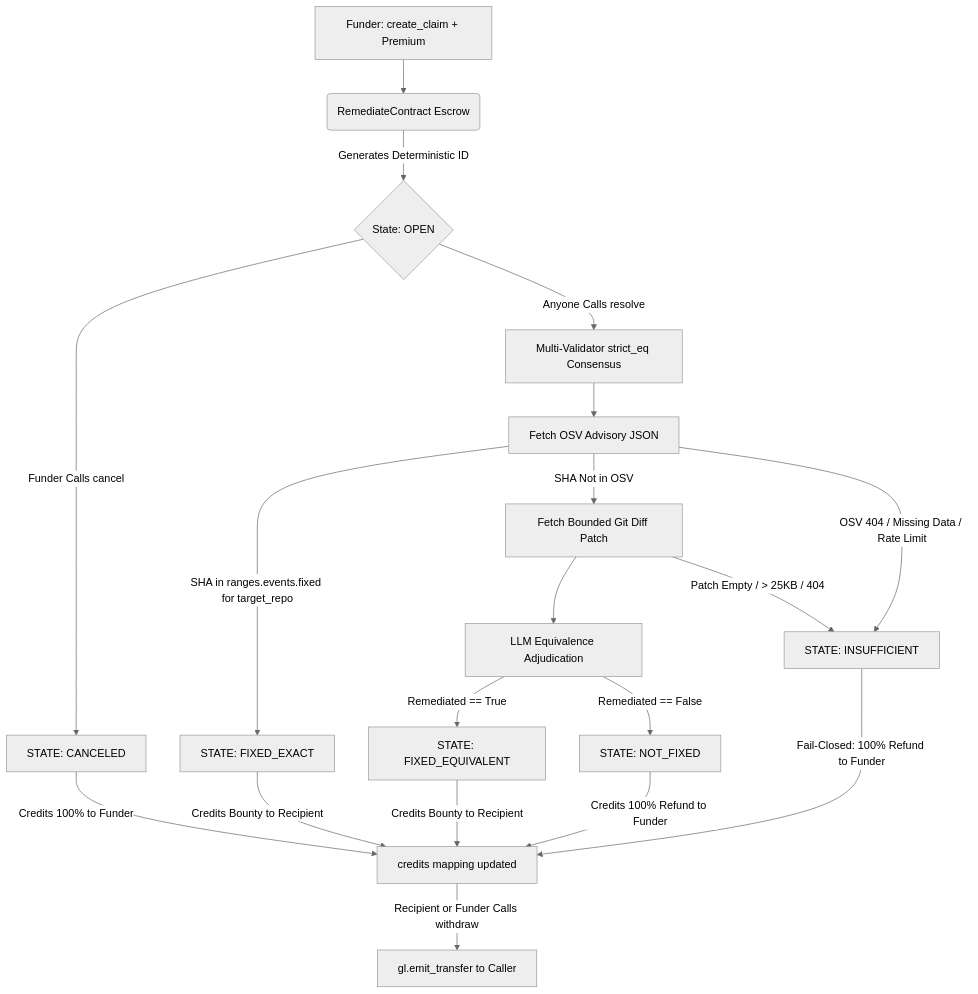
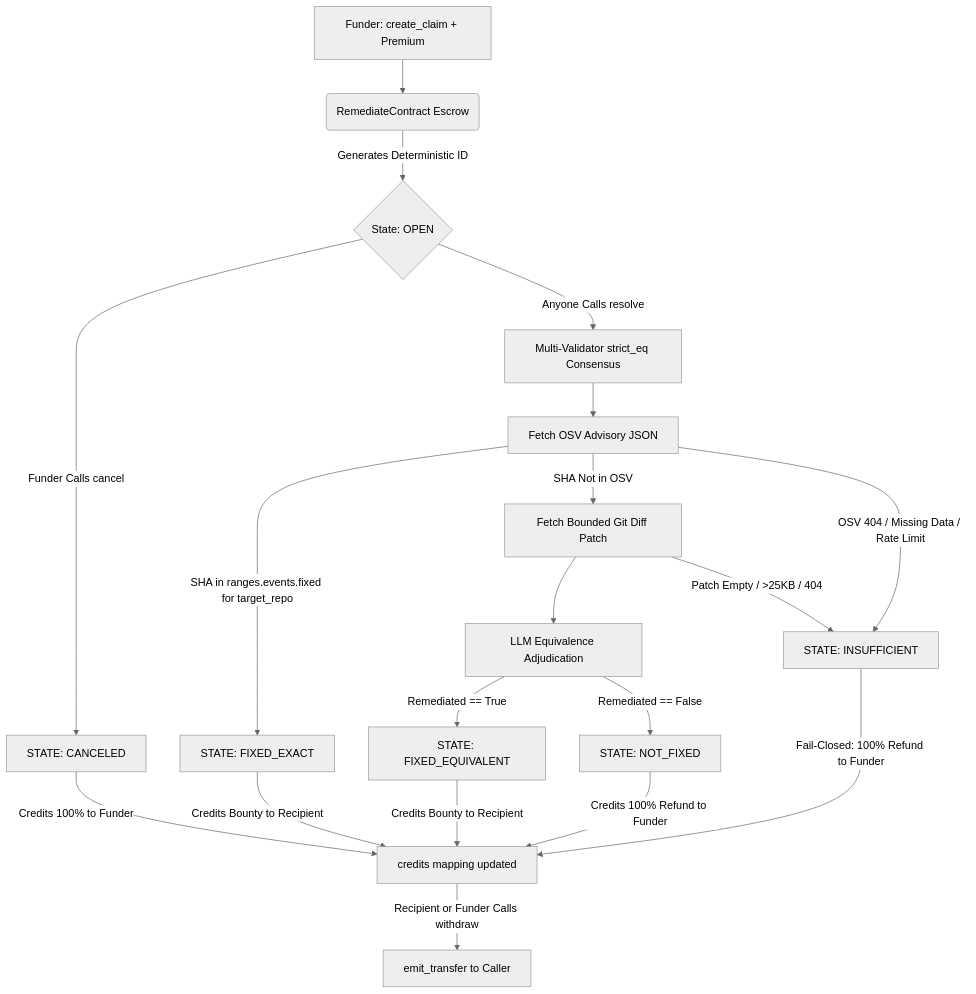
One commit to edwarderlick/remediate changed the diagram in README.md. Above: the diagram before and after it, drawn with Mermaid (neutral theme). The commit also changed other lines of this file, not shown here.

Commit message:
docs: overhaul README with full architecture, security properties, test suite, and MetaMask setup guide

````diff
--- a/README.md
+++ b/README.md
@@ -23,28 +23,28 @@
 ```mermaid
 graph TD
     A[Funder: create_claim + Premium] --> B(RemediateContract Escrow)
     B -->|Generates Deterministic ID| C{State: OPEN}
     
     C -->|Funder Calls cancel| D[STATE: CANCELED]
     D -->|Credits 100% to Funder| W[credits mapping updated]
     
     C -->|Anyone Calls resolve| E[Multi-Validator strict_eq Consensus]
     E --> F[Fetch OSV Advisory JSON]
     
     F -->|SHA in ranges.events.fixed for target_repo| G[STATE: FIXED_EXACT]
     G -->|Credits Bounty to Recipient| W
     
     F -->|SHA Not in OSV| H[Fetch Bounded Git Diff Patch]
     H --> I[LLM Equivalence Adjudication]
     I -->|Remediated == True| J[STATE: FIXED_EQUIVALENT]
     J -->|Credits Bounty to Recipient| W
     I -->|Remediated == False| K[STATE: NOT_FIXED]
     K -->|Credits 100% Refund to Funder| W
     
     F -->|OSV 404 / Missing Data / Rate Limit| L[STATE: INSUFFICIENT]
     L -->|Fail-Closed: 100% Refund to Funder| W
     
-    H -->|Patch Empty / > 25KB / 404| L
+    H -->|Patch Empty / >25KB / 404| L
     
-    W -->|Recipient or Funder Calls withdraw| M[gl.emit_transfer to Caller]
+    W -->|Recipient or Funder Calls withdraw| M[emit_transfer to Caller]
 ```
````
